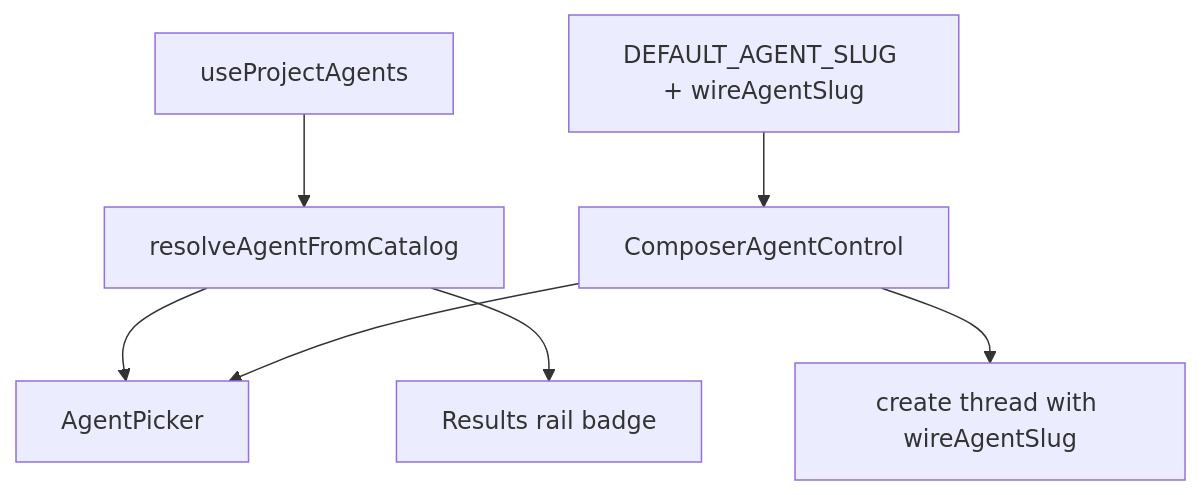
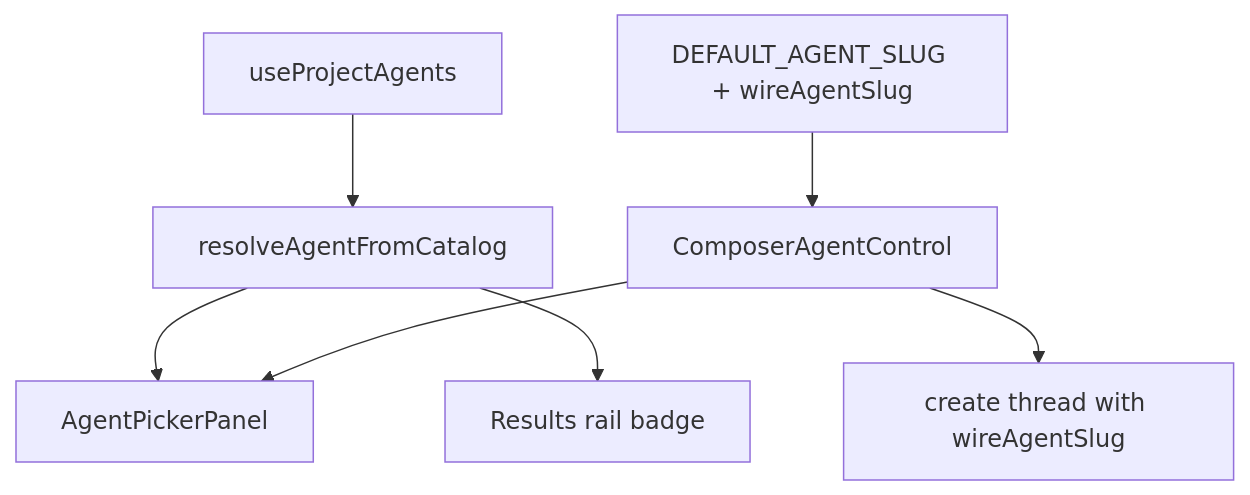
One commit to haowjy/meridian changed the diagram in apps/app/src/features/agents/.context/CONTEXT.md. Above: the diagram before and after it, drawn with Mermaid. The commit also changed other lines of this file and 5 other files, not shown here.

````diff
--- a/apps/app/src/features/agents/.context/CONTEXT.md
+++ b/apps/app/src/features/agents/.context/CONTEXT.md
@@ -58,9 +58,9 @@
 ```mermaid
 flowchart TD
   Catalog[useProjectAgents] --> Resolve[resolveAgentFromCatalog]
   Constants[DEFAULT_AGENT_SLUG + wireAgentSlug] --> Composer[ComposerAgentControl]
-  Resolve --> Picker[AgentPicker]
+  Resolve --> Picker[AgentPickerPanel]
   Resolve --> Results[Results rail badge]
-  Composer --> Picker[AgentPicker]
+  Composer --> Picker[AgentPickerPanel]
   Composer --> ThreadCreate[create thread with wireAgentSlug]
 ```
````
